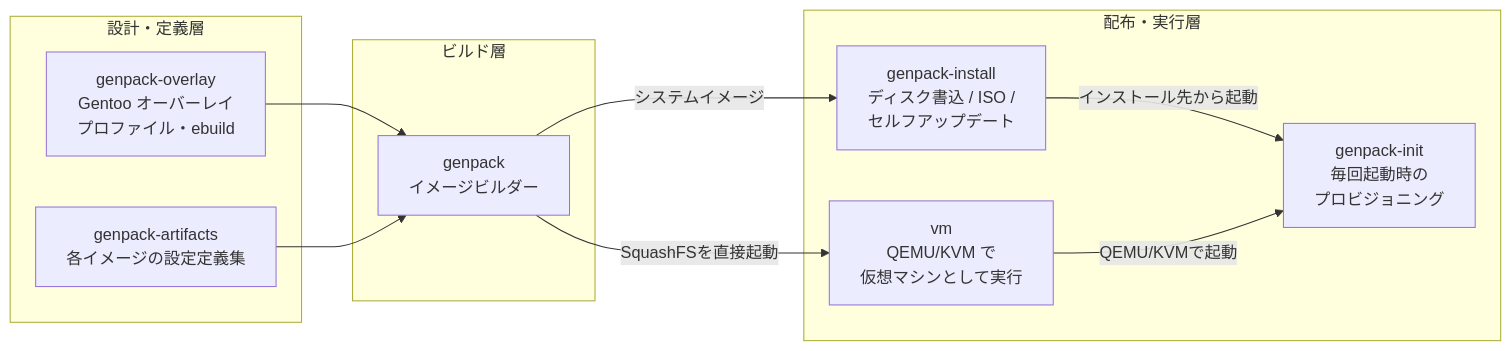
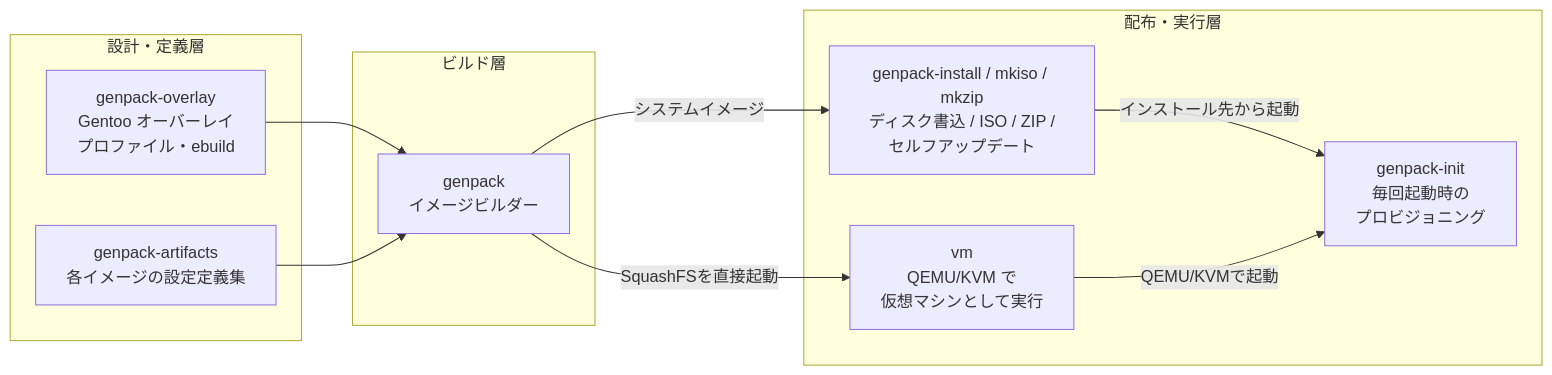
One commit to wbrxcorp/genpack changed the first of 2 diagrams in docs/introduction.md. Above: the diagram before and after it, drawn with Mermaid. The commit also changed other lines of this file and 1 other file, not shown here.

First line of the commit message:
docs: describe genpack-mkiso and genpack-mkzip

````diff
--- a/docs/introduction.md
+++ b/docs/introduction.md
@@ -11,24 +11,24 @@
 ```mermaid
 flowchart LR
   subgraph design["設計・定義層"]
     overlay["genpack-overlay<br/>Gentoo オーバーレイ<br/>プロファイル・ebuild"]
     artifacts["genpack-artifacts<br/>各イメージの設定定義集"]
   end
 
   subgraph build["ビルド層"]
     genpack["genpack<br/>イメージビルダー"]
   end
 
   subgraph runtime["配布・実行層"]
-    install["genpack-install<br/>ディスク書込 / ISO /<br/>セルフアップデート"]
+    install["genpack-install / mkiso / mkzip<br/>ディスク書込 / ISO / ZIP /<br/>セルフアップデート"]
     vm["vm<br/>QEMU/KVM で<br/>仮想マシンとして実行"]
     init["genpack-init<br/>毎回起動時の<br/>プロビジョニング"]
   end
 
   overlay --> genpack
   artifacts --> genpack
   genpack -->|システムイメージ| install
   genpack -->|SquashFSを直接起動| vm
   install -->|インストール先から起動| init
   vm -->|QEMU/KVMで起動| init
 ```
````
